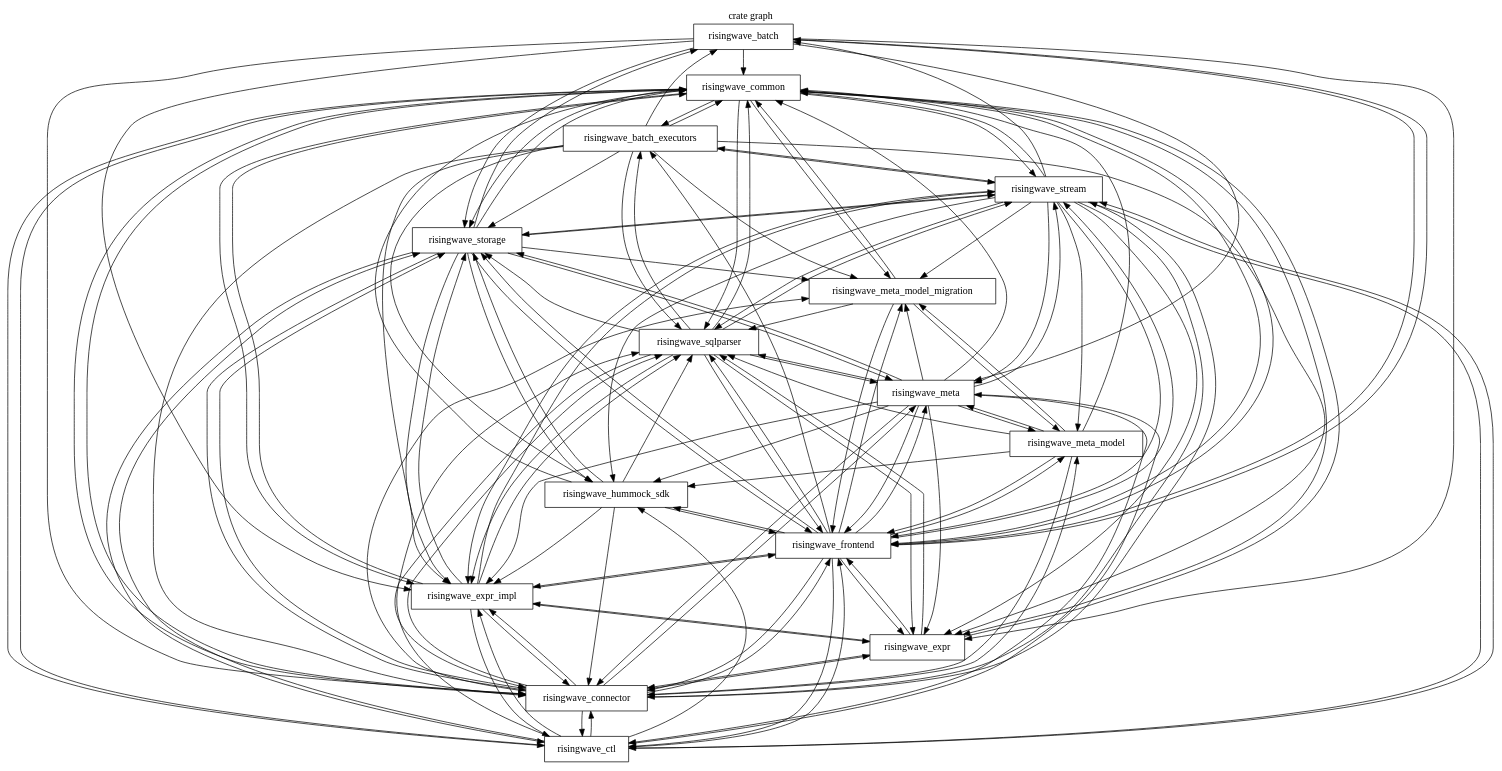
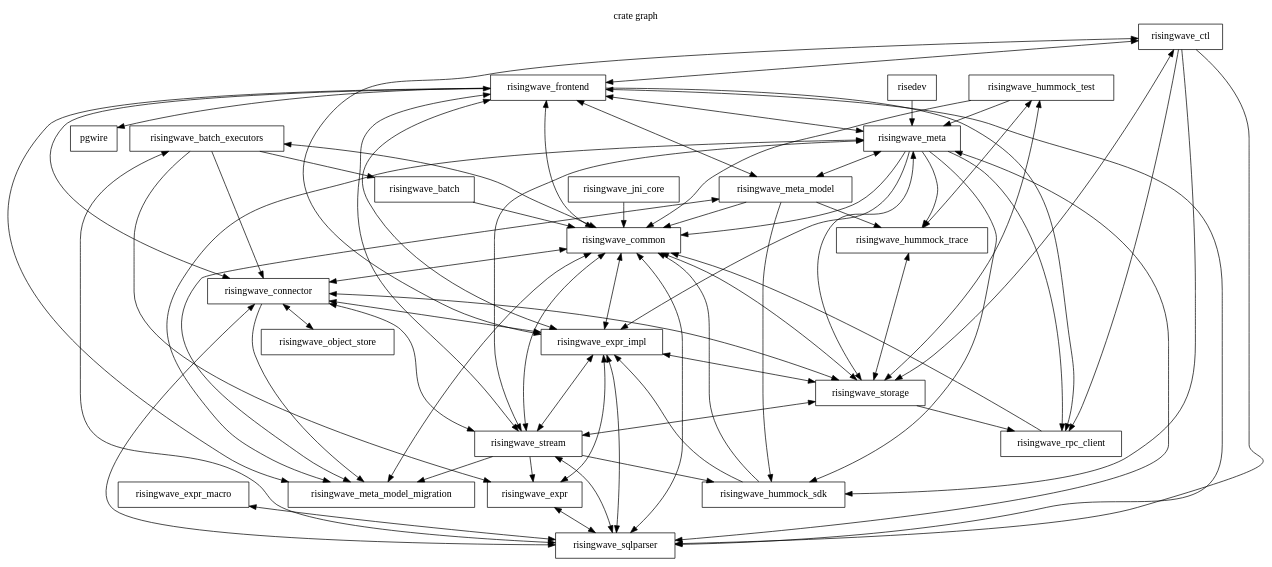
One commit to allenanswerzq/llmcc changed the diagram in sample/risingwave-pagerank/depth_1_crate.dot. Above: the diagram before and after it, drawn with Graphviz. The commit also changed 188 other files, not shown here.

```diff
--- a/sample/risingwave-pagerank/depth_1_crate.dot
+++ b/sample/risingwave-pagerank/depth_1_crate.dot
@@ -1,159 +1,101 @@
 digraph architecture {
   node [shape=box];
 
   label="crate graph";
   labelloc=t;
 
+  crate_pgwire[label="pgwire"];
+  crate_risedev[label="risedev"];
   crate_risingwave_batch[label="risingwave_batch"];
   crate_risingwave_batch_executors[label="risingwave_batch_executors"];
   crate_risingwave_common[label="risingwave_common"];
   crate_risingwave_connector[label="risingwave_connector"];
   crate_risingwave_ctl[label="risingwave_ctl"];
   crate_risingwave_expr[label="risingwave_expr"];
   crate_risingwave_expr_impl[label="risingwave_expr_impl"];
+  crate_risingwave_expr_macro[label="risingwave_expr_macro"];
   crate_risingwave_frontend[label="risingwave_frontend"];
   crate_risingwave_hummock_sdk[label="risingwave_hummock_sdk"];
+  crate_risingwave_hummock_test[label="risingwave_hummock_test"];
+  crate_risingwave_hummock_trace[label="risingwave_hummock_trace"];
+  crate_risingwave_jni_core[label="risingwave_jni_core"];
   crate_risingwave_meta[label="risingwave_meta"];
   crate_risingwave_meta_model[label="risingwave_meta_model"];
   crate_risingwave_meta_model_migration[label="risingwave_meta_model_migration"];
+  crate_risingwave_object_store[label="risingwave_object_store"];
+  crate_risingwave_rpc_client[label="risingwave_rpc_client"];
   crate_risingwave_sqlparser[label="risingwave_sqlparser"];
   crate_risingwave_storage[label="risingwave_storage"];
   crate_risingwave_stream[label="risingwave_stream"];
 
+  crate_risedev -> crate_risingwave_meta;
   crate_risingwave_batch -> crate_risingwave_common;
-  crate_risingwave_batch -> crate_risingwave_connector;
-  crate_risingwave_batch -> crate_risingwave_expr;
-  crate_risingwave_batch -> crate_risingwave_expr_impl;
-  crate_risingwave_batch -> crate_risingwave_frontend;
-  crate_risingwave_batch -> crate_risingwave_meta;
-  crate_risingwave_batch -> crate_risingwave_storage;
   crate_risingwave_batch_executors -> crate_risingwave_batch;
-  crate_risingwave_batch_executors -> crate_risingwave_common;
+  crate_risingwave_batch_executors -> crate_risingwave_common [dir=both];
   crate_risingwave_batch_executors -> crate_risingwave_connector;
   crate_risingwave_batch_executors -> crate_risingwave_expr;
-  crate_risingwave_batch_executors -> crate_risingwave_expr_impl;
-  crate_risingwave_batch_executors -> crate_risingwave_hummock_sdk;
-  crate_risingwave_batch_executors -> crate_risingwave_meta_model_migration;
-  crate_risingwave_batch_executors -> crate_risingwave_sqlparser;
-  crate_risingwave_batch_executors -> crate_risingwave_storage;
-  crate_risingwave_batch_executors -> crate_risingwave_stream;
-  crate_risingwave_common -> crate_risingwave_batch_executors;
-  crate_risingwave_common -> crate_risingwave_connector;
-  crate_risingwave_common -> crate_risingwave_ctl;
-  crate_risingwave_common -> crate_risingwave_expr;
-  crate_risingwave_common -> crate_risingwave_expr_impl;
-  crate_risingwave_common -> crate_risingwave_frontend;
-  crate_risingwave_common -> crate_risingwave_meta_model_migration;
-  crate_risingwave_common -> crate_risingwave_sqlparser;
-  crate_risingwave_common -> crate_risingwave_storage;
-  crate_risingwave_common -> crate_risingwave_stream;
-  crate_risingwave_connector -> crate_risingwave_common;
-  crate_risingwave_connector -> crate_risingwave_ctl;
-  crate_risingwave_connector -> crate_risingwave_expr;
-  crate_risingwave_connector -> crate_risingwave_expr_impl;
-  crate_risingwave_connector -> crate_risingwave_frontend;
-  crate_risingwave_connector -> crate_risingwave_meta;
-  crate_risingwave_connector -> crate_risingwave_meta_model;
+  crate_risingwave_batch_executors -> crate_risingwave_sqlparser [dir=both];
+  crate_risingwave_common -> crate_risingwave_connector [dir=both];
+  crate_risingwave_common -> crate_risingwave_expr_impl [dir=both];
+  crate_risingwave_common -> crate_risingwave_frontend [dir=both];
+  crate_risingwave_common -> crate_risingwave_meta_model_migration [dir=both];
+  crate_risingwave_common -> crate_risingwave_sqlparser [dir=both];
+  crate_risingwave_common -> crate_risingwave_storage [dir=both];
+  crate_risingwave_common -> crate_risingwave_stream [dir=both];
+  crate_risingwave_connector -> crate_risingwave_expr_impl [dir=both];
+  crate_risingwave_connector -> crate_risingwave_frontend [dir=both];
   crate_risingwave_connector -> crate_risingwave_meta_model_migration;
-  crate_risingwave_connector -> crate_risingwave_sqlparser;
-  crate_risingwave_connector -> crate_risingwave_storage;
-  crate_risingwave_connector -> crate_risingwave_stream;
-  crate_risingwave_ctl -> crate_risingwave_common;
-  crate_risingwave_ctl -> crate_risingwave_connector;
-  crate_risingwave_ctl -> crate_risingwave_expr_impl;
-  crate_risingwave_ctl -> crate_risingwave_frontend;
+  crate_risingwave_connector -> crate_risingwave_object_store [dir=both];
+  crate_risingwave_connector -> crate_risingwave_sqlparser [dir=both];
+  crate_risingwave_connector -> crate_risingwave_storage [dir=both];
+  crate_risingwave_connector -> crate_risingwave_stream [dir=both];
+  crate_risingwave_ctl -> crate_risingwave_expr_impl [dir=both];
+  crate_risingwave_ctl -> crate_risingwave_frontend [dir=both];
   crate_risingwave_ctl -> crate_risingwave_hummock_sdk;
-  crate_risingwave_ctl -> crate_risingwave_meta;
+  crate_risingwave_ctl -> crate_risingwave_rpc_client;
   crate_risingwave_ctl -> crate_risingwave_sqlparser;
-  crate_risingwave_ctl -> crate_risingwave_storage;
-  crate_risingwave_ctl -> crate_risingwave_stream;
-  crate_risingwave_expr -> crate_risingwave_common;
-  crate_risingwave_expr -> crate_risingwave_connector;
-  crate_risingwave_expr -> crate_risingwave_expr_impl;
-  crate_risingwave_expr -> crate_risingwave_frontend;
-  crate_risingwave_expr -> crate_risingwave_sqlparser;
-  crate_risingwave_expr_impl -> crate_risingwave_common;
-  crate_risingwave_expr_impl -> crate_risingwave_connector;
-  crate_risingwave_expr_impl -> crate_risingwave_ctl;
-  crate_risingwave_expr_impl -> crate_risingwave_expr;
-  crate_risingwave_expr_impl -> crate_risingwave_frontend;
-  crate_risingwave_expr_impl -> crate_risingwave_sqlparser;
-  crate_risingwave_expr_impl -> crate_risingwave_storage;
-  crate_risingwave_expr_impl -> crate_risingwave_stream;
-  crate_risingwave_frontend -> crate_risingwave_batch;
-  crate_risingwave_frontend -> crate_risingwave_batch_executors;
-  crate_risingwave_frontend -> crate_risingwave_common;
-  crate_risingwave_frontend -> crate_risingwave_connector;
-  crate_risingwave_frontend -> crate_risingwave_ctl;
-  crate_risingwave_frontend -> crate_risingwave_expr;
-  crate_risingwave_frontend -> crate_risingwave_expr_impl;
-  crate_risingwave_frontend -> crate_risingwave_hummock_sdk;
-  crate_risingwave_frontend -> crate_risingwave_meta;
-  crate_risingwave_frontend -> crate_risingwave_meta_model;
+  crate_risingwave_ctl -> crate_risingwave_storage [dir=both];
+  crate_risingwave_expr -> crate_risingwave_expr_impl [dir=both];
+  crate_risingwave_expr -> crate_risingwave_sqlparser [dir=both];
+  crate_risingwave_expr_impl -> crate_risingwave_frontend [dir=both];
+  crate_risingwave_expr_impl -> crate_risingwave_sqlparser [dir=both];
+  crate_risingwave_expr_impl -> crate_risingwave_storage [dir=both];
+  crate_risingwave_expr_impl -> crate_risingwave_stream [dir=both];
+  crate_risingwave_expr_macro -> crate_risingwave_sqlparser [dir=both];
+  crate_risingwave_frontend -> crate_pgwire;
+  crate_risingwave_frontend -> crate_risingwave_meta [dir=both];
+  crate_risingwave_frontend -> crate_risingwave_meta_model [dir=both];
   crate_risingwave_frontend -> crate_risingwave_meta_model_migration;
-  crate_risingwave_frontend -> crate_risingwave_sqlparser;
-  crate_risingwave_frontend -> crate_risingwave_storage;
-  crate_risingwave_frontend -> crate_risingwave_stream;
+  crate_risingwave_frontend -> crate_risingwave_rpc_client;
+  crate_risingwave_frontend -> crate_risingwave_sqlparser [dir=both];
+  crate_risingwave_frontend -> crate_risingwave_stream [dir=both];
   crate_risingwave_hummock_sdk -> crate_risingwave_common;
-  crate_risingwave_hummock_sdk -> crate_risingwave_connector;
   crate_risingwave_hummock_sdk -> crate_risingwave_expr_impl;
-  crate_risingwave_hummock_sdk -> crate_risingwave_frontend;
-  crate_risingwave_hummock_sdk -> crate_risingwave_sqlparser;
-  crate_risingwave_hummock_sdk -> crate_risingwave_storage;
+  crate_risingwave_hummock_test -> crate_risingwave_common;
+  crate_risingwave_hummock_test -> crate_risingwave_hummock_trace [dir=both];
+  crate_risingwave_hummock_test -> crate_risingwave_meta;
+  crate_risingwave_hummock_test -> crate_risingwave_storage [dir=both];
+  crate_risingwave_hummock_trace -> crate_risingwave_storage [dir=both];
+  crate_risingwave_jni_core -> crate_risingwave_common;
   crate_risingwave_meta -> crate_risingwave_common;
-  crate_risingwave_meta -> crate_risingwave_connector;
-  crate_risingwave_meta -> crate_risingwave_ctl;
-  crate_risingwave_meta -> crate_risingwave_expr;
   crate_risingwave_meta -> crate_risingwave_expr_impl;
-  crate_risingwave_meta -> crate_risingwave_frontend;
   crate_risingwave_meta -> crate_risingwave_hummock_sdk;
-  crate_risingwave_meta -> crate_risingwave_meta_model;
-  crate_risingwave_meta -> crate_risingwave_meta_model_migration;
-  crate_risingwave_meta -> crate_risingwave_sqlparser;
-  crate_risingwave_meta -> crate_risingwave_storage;
-  crate_risingwave_meta -> crate_risingwave_stream;
+  crate_risingwave_meta -> crate_risingwave_hummock_trace;
+  crate_risingwave_meta -> crate_risingwave_meta_model [dir=both];
+  crate_risingwave_meta -> crate_risingwave_meta_model_migration [dir=both];
+  crate_risingwave_meta -> crate_risingwave_rpc_client;
+  crate_risingwave_meta -> crate_risingwave_sqlparser [dir=both];
+  crate_risingwave_meta -> crate_risingwave_storage [dir=both];
+  crate_risingwave_meta -> crate_risingwave_stream [dir=both];
   crate_risingwave_meta_model -> crate_risingwave_common;
-  crate_risingwave_meta_model -> crate_risingwave_connector;
-  crate_risingwave_meta_model -> crate_risingwave_frontend;
   crate_risingwave_meta_model -> crate_risingwave_hummock_sdk;
-  crate_risingwave_meta_model -> crate_risingwave_meta;
-  crate_risingwave_meta_model -> crate_risingwave_meta_model_migration;
-  crate_risingwave_meta_model -> crate_risingwave_sqlparser;
-  crate_risingwave_meta_model_migration -> crate_risingwave_common;
-  crate_risingwave_meta_model_migration -> crate_risingwave_frontend;
-  crate_risingwave_meta_model_migration -> crate_risingwave_meta_model;
-  crate_risingwave_meta_model_migration -> crate_risingwave_sqlparser;
-  crate_risingwave_sqlparser -> crate_risingwave_batch_executors;
-  crate_risingwave_sqlparser -> crate_risingwave_common;
-  crate_risingwave_sqlparser -> crate_risingwave_connector;
-  crate_risingwave_sqlparser -> crate_risingwave_expr;
-  crate_risingwave_sqlparser -> crate_risingwave_expr_impl;
-  crate_risingwave_sqlparser -> crate_risingwave_frontend;
-  crate_risingwave_sqlparser -> crate_risingwave_meta;
-  crate_risingwave_sqlparser -> crate_risingwave_storage;
-  crate_risingwave_sqlparser -> crate_risingwave_stream;
-  crate_risingwave_storage -> crate_risingwave_batch;
-  crate_risingwave_storage -> crate_risingwave_common;
-  crate_risingwave_storage -> crate_risingwave_connector;
-  crate_risingwave_storage -> crate_risingwave_ctl;
-  crate_risingwave_storage -> crate_risingwave_expr_impl;
-  crate_risingwave_storage -> crate_risingwave_frontend;
-  crate_risingwave_storage -> crate_risingwave_hummock_sdk;
-  crate_risingwave_storage -> crate_risingwave_meta;
-  crate_risingwave_storage -> crate_risingwave_meta_model_migration;
-  crate_risingwave_storage -> crate_risingwave_stream;
-  crate_risingwave_stream -> crate_risingwave_batch;
-  crate_risingwave_stream -> crate_risingwave_batch_executors;
-  crate_risingwave_stream -> crate_risingwave_common;
-  crate_risingwave_stream -> crate_risingwave_connector;
-  crate_risingwave_stream -> crate_risingwave_ctl;
+  crate_risingwave_meta_model -> crate_risingwave_hummock_trace;
+  crate_risingwave_meta_model -> crate_risingwave_meta_model_migration [dir=both];
+  crate_risingwave_rpc_client -> crate_risingwave_common;
+  crate_risingwave_sqlparser -> crate_risingwave_stream [dir=both];
+  crate_risingwave_storage -> crate_risingwave_rpc_client;
+  crate_risingwave_storage -> crate_risingwave_stream [dir=both];
   crate_risingwave_stream -> crate_risingwave_expr;
-  crate_risingwave_stream -> crate_risingwave_expr_impl;
-  crate_risingwave_stream -> crate_risingwave_frontend;
   crate_risingwave_stream -> crate_risingwave_hummock_sdk;
-  crate_risingwave_stream -> crate_risingwave_meta;
-  crate_risingwave_stream -> crate_risingwave_meta_model;
   crate_risingwave_stream -> crate_risingwave_meta_model_migration;
-  crate_risingwave_stream -> crate_risingwave_sqlparser;
-  crate_risingwave_stream -> crate_risingwave_storage;
 }
```
